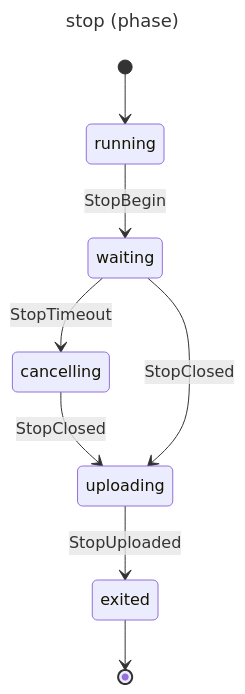
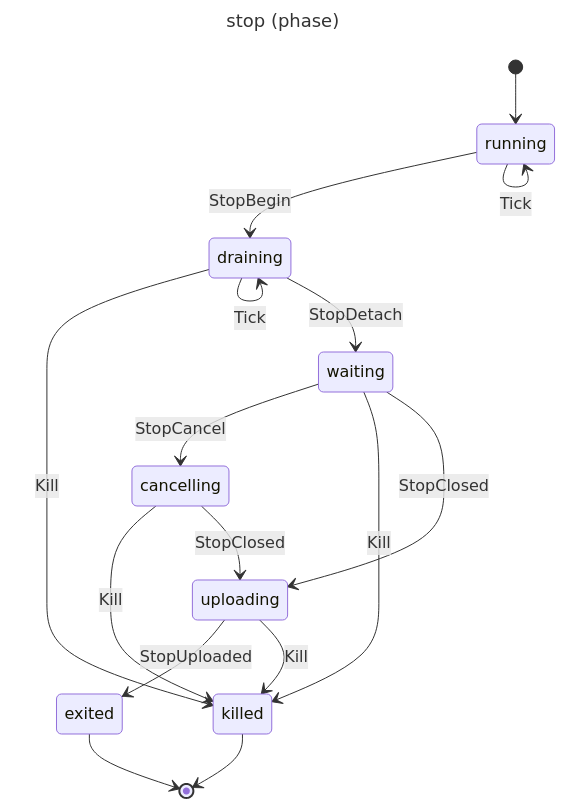
Before and after one commit to pyvvo/funcd: the diagram in docs/design/lake/stop.md, drawn with Mermaid. The commit also changed 4 other files, not shown here.

First line of the commit message:
fix(lake): the stop keeps saving the catalog while the running queries drain (ADR-0273)

````diff
--- a/docs/design/lake/stop.md
+++ b/docs/design/lake/stop.md
@@ -5,18 +5,28 @@
 ```mermaid
 ---
 title: stop (phase)
 ---
 stateDiagram-v2
     state "cancelling" as s0
-    state "exited" as s1
-    state "running" as s2
-    state "uploading" as s3
-    state "waiting" as s4
-    [*] --> s2
-    s0 --> s3 : StopClosed
-    s2 --> s4 : StopBegin
-    s3 --> s1 : StopUploaded
-    s4 --> s0 : StopTimeout
-    s4 --> s3 : StopClosed
-    s1 --> [*]
+    state "draining" as s1
+    state "exited" as s2
+    state "killed" as s3
+    state "running" as s4
+    state "uploading" as s5
+    state "waiting" as s6
+    [*] --> s4
+    s0 --> s3 : Kill
+    s0 --> s5 : StopClosed
+    s1 --> s1 : Tick
+    s1 --> s3 : Kill
+    s1 --> s6 : StopDetach
+    s4 --> s1 : StopBegin
+    s4 --> s4 : Tick
+    s5 --> s2 : StopUploaded
+    s5 --> s3 : Kill
+    s6 --> s0 : StopCancel
+    s6 --> s3 : Kill
+    s6 --> s5 : StopClosed
+    s2 --> [*]
+    s3 --> [*]
 ```
````
